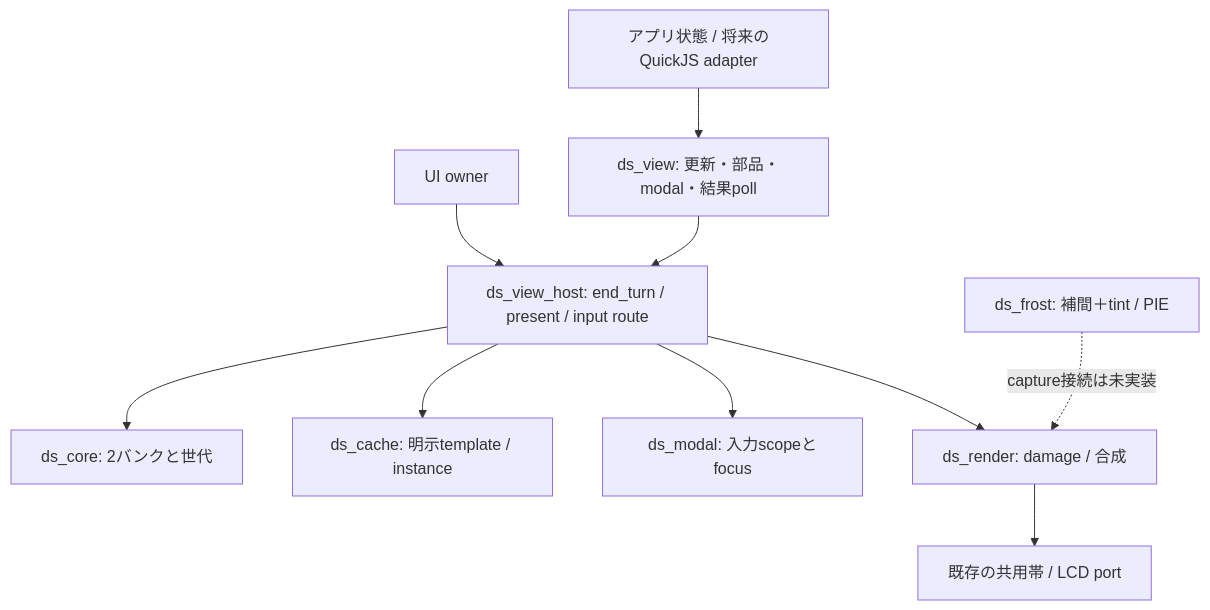
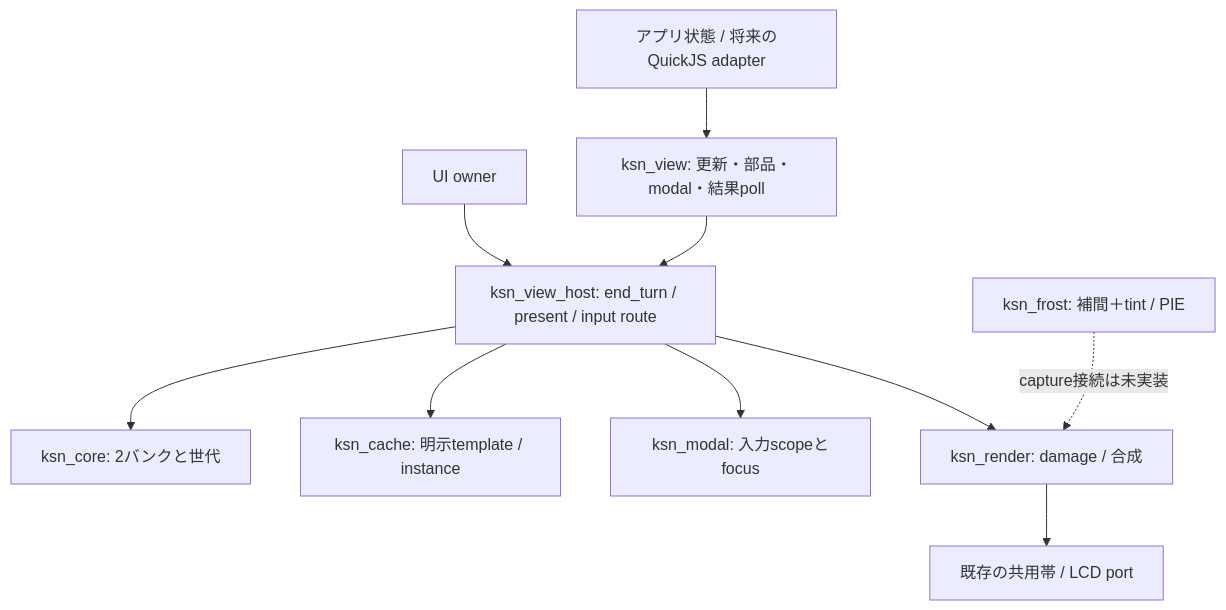
Before and after one commit to dj-oyu/cardputer-adv-pocketjs: the diagram in docs/design-api.md, drawn with Mermaid. The commit also changed other lines of this file and 97 other files, not shown here.

````diff
--- a/docs/design-api.md
+++ b/docs/design-api.md
@@ -15,12 +15,12 @@
 ```mermaid
 flowchart TD
-    App[アプリ状態 / 将来のQuickJS adapter] --> View[ds_view: 更新・部品・modal・結果poll]
-    Owner[UI owner] --> Host[ds_view_host: end_turn / present / input route]
+    App[アプリ状態 / 将来のQuickJS adapter] --> View[ksn_view: 更新・部品・modal・結果poll]
+    Owner[UI owner] --> Host[ksn_view_host: end_turn / present / input route]
     View --> Host
-    Host --> Core[ds_core: 2バンクと世代]
-    Host --> Cache[ds_cache: 明示template / instance]
-    Host --> Modal[ds_modal: 入力scopeとfocus]
-    Host --> Render[ds_render: damage / 合成]
+    Host --> Core[ksn_core: 2バンクと世代]
+    Host --> Cache[ksn_cache: 明示template / instance]
+    Host --> Modal[ksn_modal: 入力scopeとfocus]
+    Host --> Render[ksn_render: damage / 合成]
     Render --> LCD[既存の共用帯 / LCD port]
-    Frost[ds_frost: 補間＋tint / PIE] -. capture接続は未実装 .-> Render
+    Frost[ksn_frost: 補間＋tint / PIE] -. capture接続は未実装 .-> Render
 ```
````
